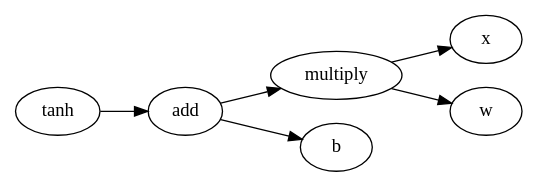
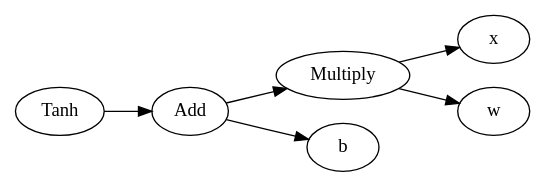
The diagram in project2/graph_out/tt/function4.gv (WackAlley/worksheet), drawn with Graphviz before and after one commit. The commit also changed 178 other files, not shown here.

```diff
--- a/project2/graph_out/tt/function4.gv
+++ b/project2/graph_out/tt/function4.gv
@@ -1,14 +1,14 @@
 digraph function4 {
 	rankdir=LR
-	139896267269008 [label=tanh]
-	139896267268432 [label=add]
-	139896267269008 -> 139896267268432
-	139896266229664 [label=multiply]
-	139896267268432 -> 139896266229664
-	139899301835984 [label=x]
-	139896266229664 -> 139899301835984
-	139896287210560 [label=w]
-	139896266229664 -> 139896287210560
-	139896287207520 [label=b]
-	139896267268432 -> 139896287207520
+	140659223333392 [label=Tanh]
+	140659225247568 [label=Add]
+	140659223333392 -> 140659225247568
+	140659223465504 [label=Multiply]
+	140659225247568 -> 140659223465504
+	140659231263104 [label=x]
+	140659223465504 -> 140659231263104
+	140659235895328 [label=w]
+	140659223465504 -> 140659235895328
+	140660835405152 [label=b]
+	140659225247568 -> 140660835405152
 }
```
